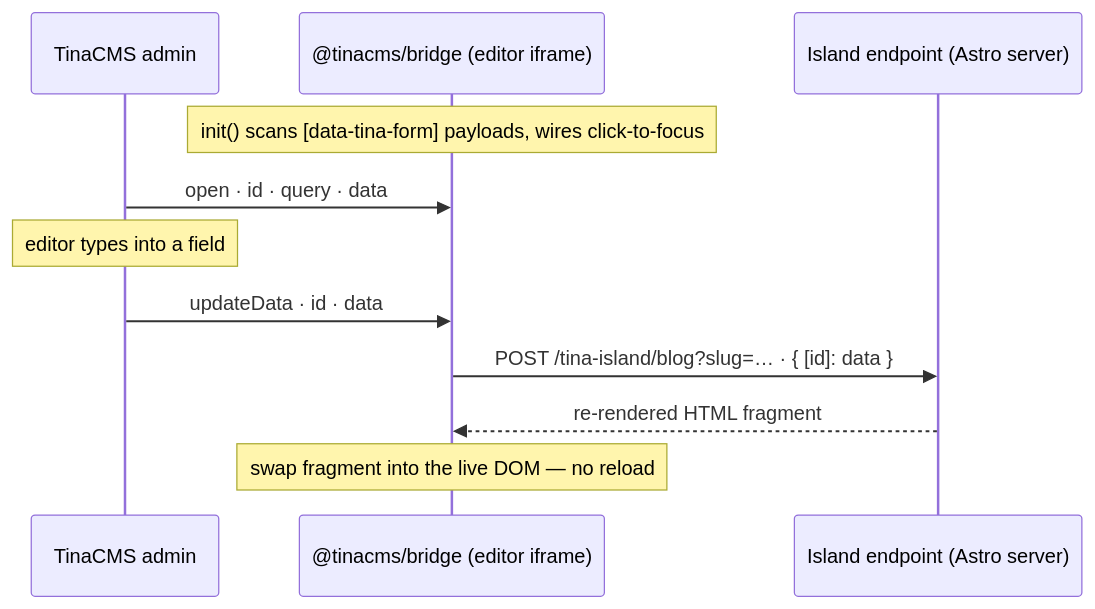
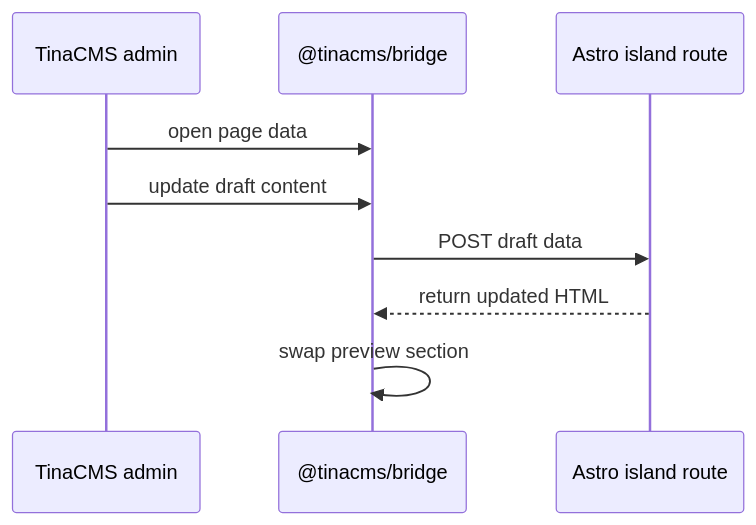
One commit to tinacms/tina.io changed the diagram in content/blog/astro-is-the-default-tinacms-starter.mdx. Above: the diagram before and after it, drawn with Mermaid. The commit also changed other lines of this file, not shown here.

````diff
--- a/content/blog/astro-is-the-default-tinacms-starter.mdx
+++ b/content/blog/astro-is-the-default-tinacms-starter.mdx
@@ -43,14 +128,12 @@
 ```mermaid
 sequenceDiagram
     participant Admin as TinaCMS admin
-    participant Bridge as @tinacms/bridge (editor iframe)
-    participant Island as Island endpoint (Astro server)
+    participant Bridge as @tinacms/bridge
+    participant Island as Astro island route
 
-    Note over Bridge: init() scans [data-tina-form] payloads, wires click-to-focus
-    Admin->>Bridge: open · id · query · data
-    Note over Admin: editor types into a field
-    Admin->>Bridge: updateData · id · data
-    Bridge->>Island: POST /tina-island/blog?slug=… · { [id]: data }
-    Island-->>Bridge: re-rendered HTML fragment
-    Note over Bridge: swap fragment into the live DOM — no reload
+    Admin->>Bridge: open page data
+    Admin->>Bridge: update draft content
+    Bridge->>Island: POST draft data
+    Island-->>Bridge: return updated HTML
+    Bridge->>Bridge: swap preview section
 ```
````
